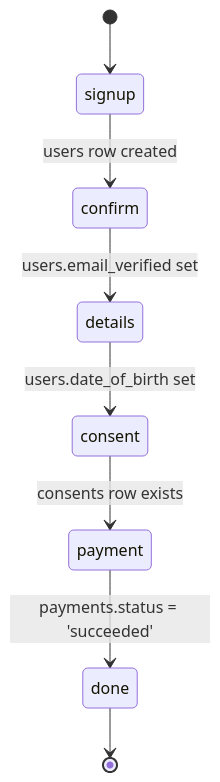
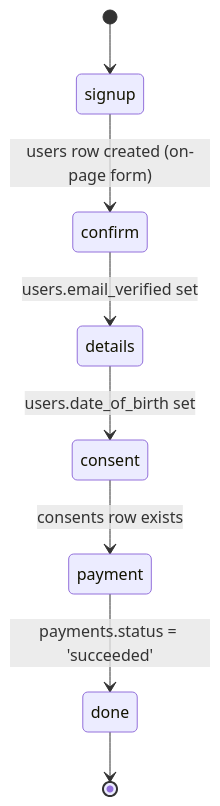
The second of 2 diagrams in docs/booking-flow.md (dbates-commits/primary-brain-health), drawn with Mermaid before and after one commit. The commit also changed other lines of this file and 31 other files, not shown here.

````diff
--- a/docs/booking-flow.md
+++ b/docs/booking-flow.md
@@ -102,10 +104,10 @@
 ```mermaid
 stateDiagram-v2
     [*] --> signup
-    signup --> confirm: users row created
+    signup --> confirm: users row created (on-page form)
     confirm --> details: users.email_verified set
     details --> consent: users.date_of_birth set
     consent --> payment: consents row exists
     payment --> done: payments.status = 'succeeded'
     done --> [*]
 ```
````
